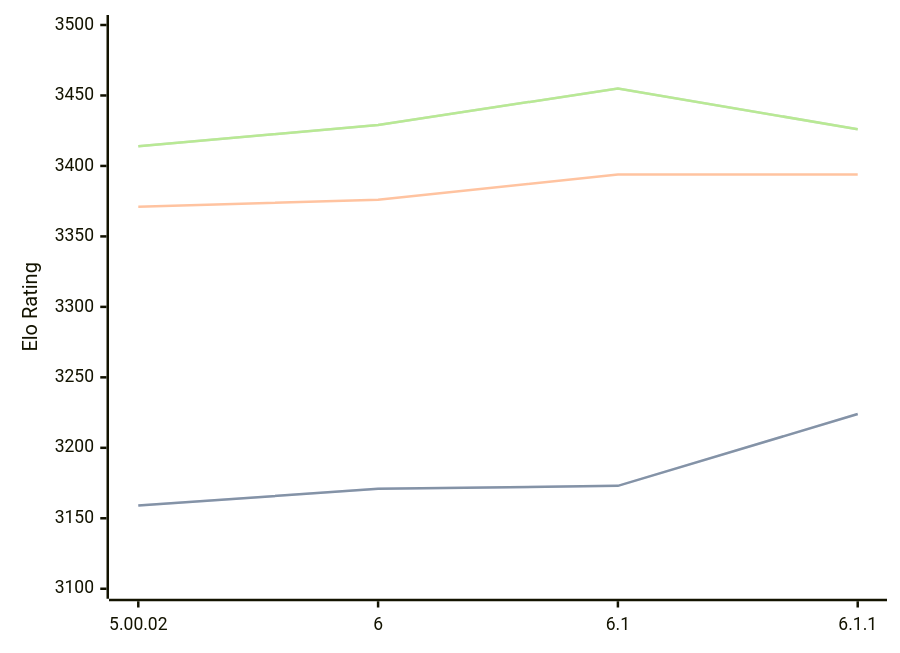
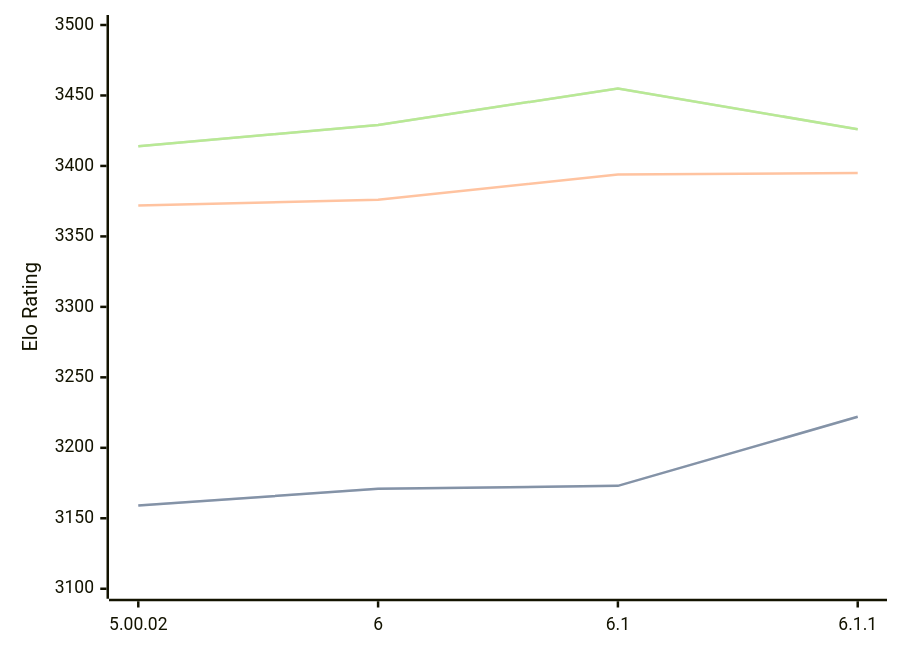
One commit to computer-chess-index/cci changed the diagram in engines/Zangdar.md. Above: the diagram before and after it, drawn with Mermaid. The commit also changed other lines of this file, not shown here.

````diff
--- a/engines/Zangdar.md
+++ b/engines/Zangdar.md
@@ -46,11 +46,11 @@
 ```mermaid
 %%{init: {"theme":"base","themeVariables":{"seriesColors:['#a3a3a3','#222221','#faa371']}}}%%
 xychart-beta
   x-axis ["5.00.02", "6", "6.1", "6.1.1"]
   y-axis "Elo Rating" 3100 --> 3500
-  line "STC (8.0+0.08s)" [3159, 3171, 3173, 3224]
-  line "STC (8.0+0.08s)" [3159, 3171, 3173, 3224]
-  line "LTC (60.0+0.60s)" [3371, 3376, 3394, 3394]
+  line "STC (8.0+0.08s)" [3159, 3171, 3173, 3222]
+  line "STC (8.0+0.08s)" [3159, 3171, 3173, 3222]
+  line "LTC (60.0+0.60s)" [3372, 3376, 3394, 3395]
   line "VLTC (2m24s+1.12s)" [3414, 3429, 3455, 3426]
   line "VLTC (2m24s+1.12s)" [3414, 3429, 3455, 3426]
 ```
````
